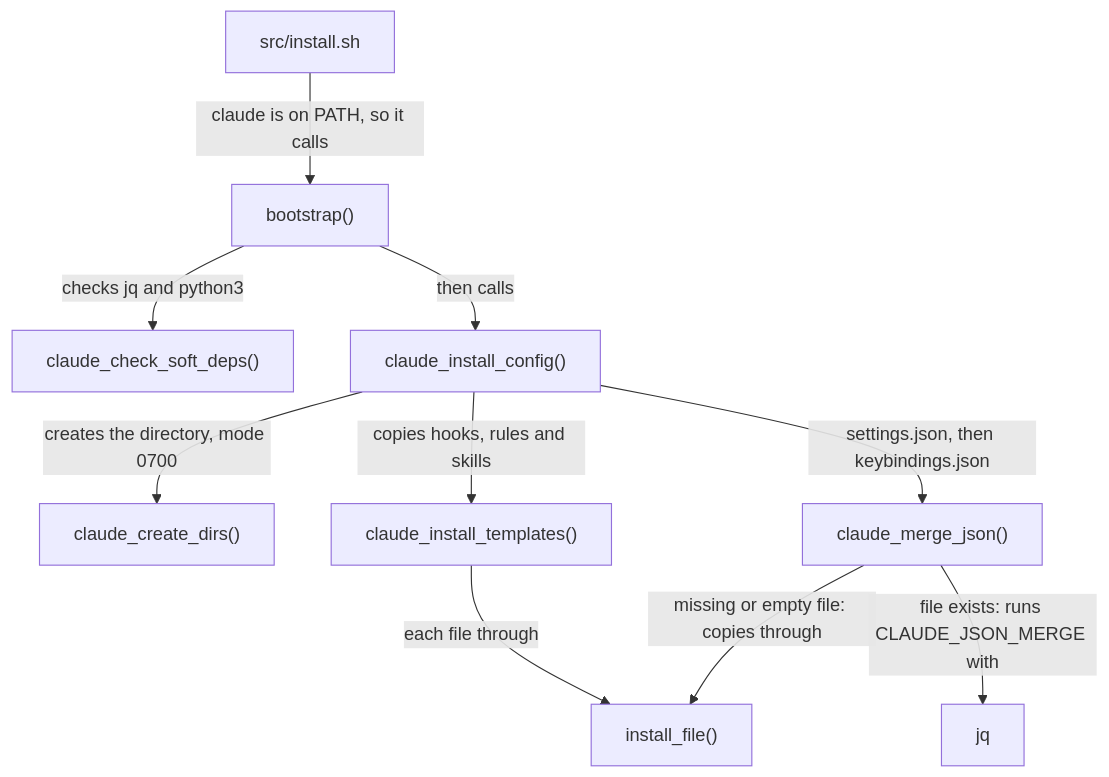
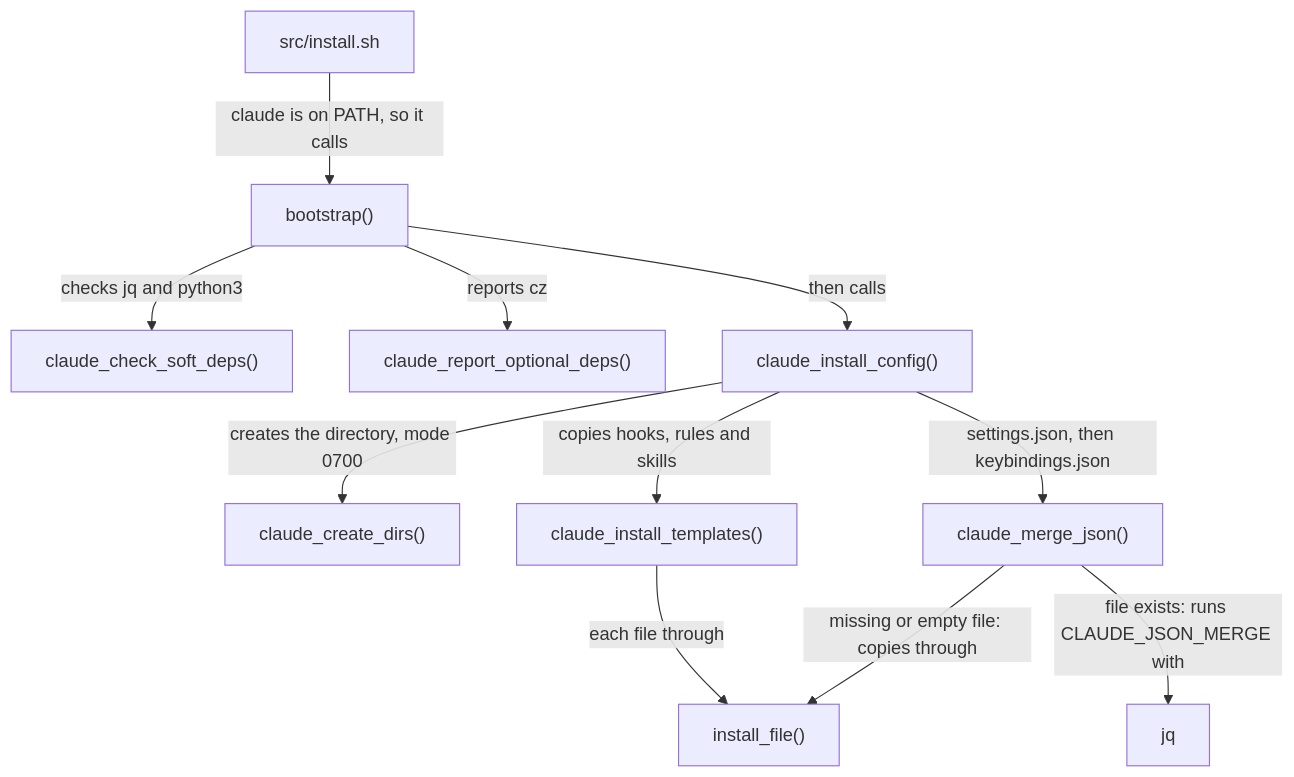
One commit to froazin/dotfiles changed the diagram in docs/claude/overview.md. Above: the diagram before and after it, drawn with Mermaid. The commit also changed other lines of this file and 10 other files, not shown here.

````diff
--- a/docs/claude/overview.md
+++ b/docs/claude/overview.md
@@ -48,14 +48,15 @@
 ```mermaid
 flowchart TD
     accTitle: How the claude module installs its configuration
-    accDescr: install.sh calls bootstrap, which checks the soft dependencies and then runs claude_install_config. That creates the config directory, copies every template except the two JSON files, including the hooks, rules and skills, and merges settings.json and keybindings.json with jq.
+    accDescr: install.sh calls bootstrap, which checks the soft dependencies, reports the optional ones and then runs claude_install_config. That creates the config directory, copies every template except the two JSON files, including the hooks, rules and skills, and merges settings.json and keybindings.json with jq.
     install["src/install.sh"] -->|"claude is on PATH, so it calls"| bootstrap["bootstrap()"]
     bootstrap -->|"checks jq and python3"| deps["claude_check_soft_deps()"]
+    bootstrap -->|"reports cz"| optional["claude_report_optional_deps()"]
     bootstrap -->|"then calls"| config["claude_install_config()"]
     config -->|"creates the directory, mode 0700"| dirs["claude_create_dirs()"]
     config -->|"copies hooks, rules and skills"| tpl["claude_install_templates()"]
     config -->|"settings.json, then keybindings.json"| merge["claude_merge_json()"]
     tpl -->|"each file through"| install_file["install_file()"]
     merge -->|"missing or empty file: copies through"| install_file
     merge -->|"file exists: runs CLAUDE_JSON_MERGE with"| jq["jq"]
 ```
````
